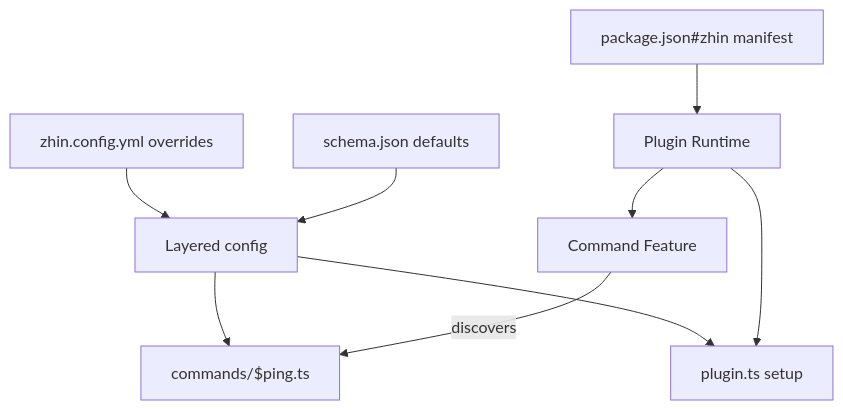
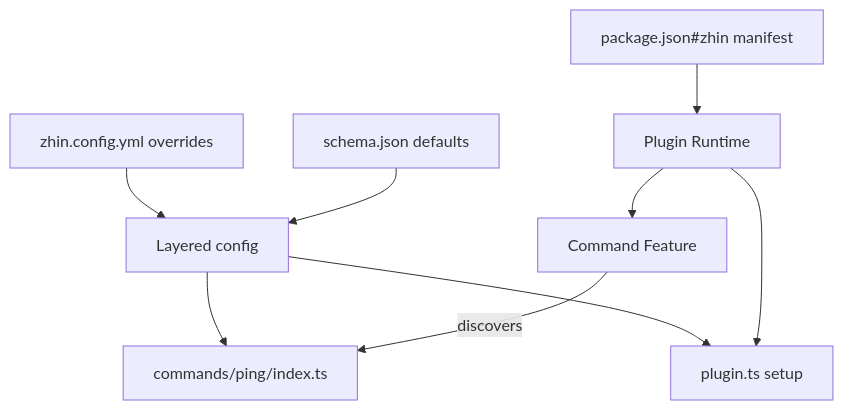
The diagram in docs/en/getting-started/first-plugin.md (zhinjs/zhin), drawn with Mermaid before and after one commit. The commit also changed other lines of this file and 1011 other files, not shown here.

````diff
--- a/docs/en/getting-started/first-plugin.md
+++ b/docs/en/getting-started/first-plugin.md
@@ -184,11 +184,11 @@
 ```mermaid
 flowchart TD
   M[package.json#zhin manifest] --> R[Plugin Runtime]
   R --> F[Command Feature]
-  F -->|discovers| C[commands/$ping.ts]
+  F -->|discovers| C[commands/ping/index.ts]
   R --> E[plugin.ts setup]
   S[schema.json defaults] --> CFG[Layered config]
   Y[zhin.config.yml overrides] --> CFG
   CFG --> E
   CFG --> C
 ```
````
